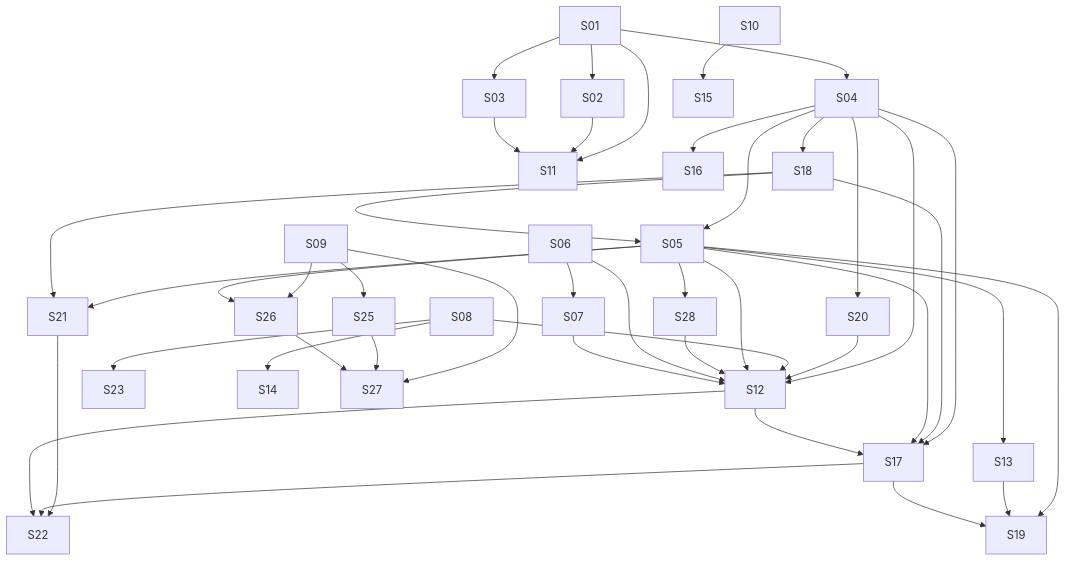
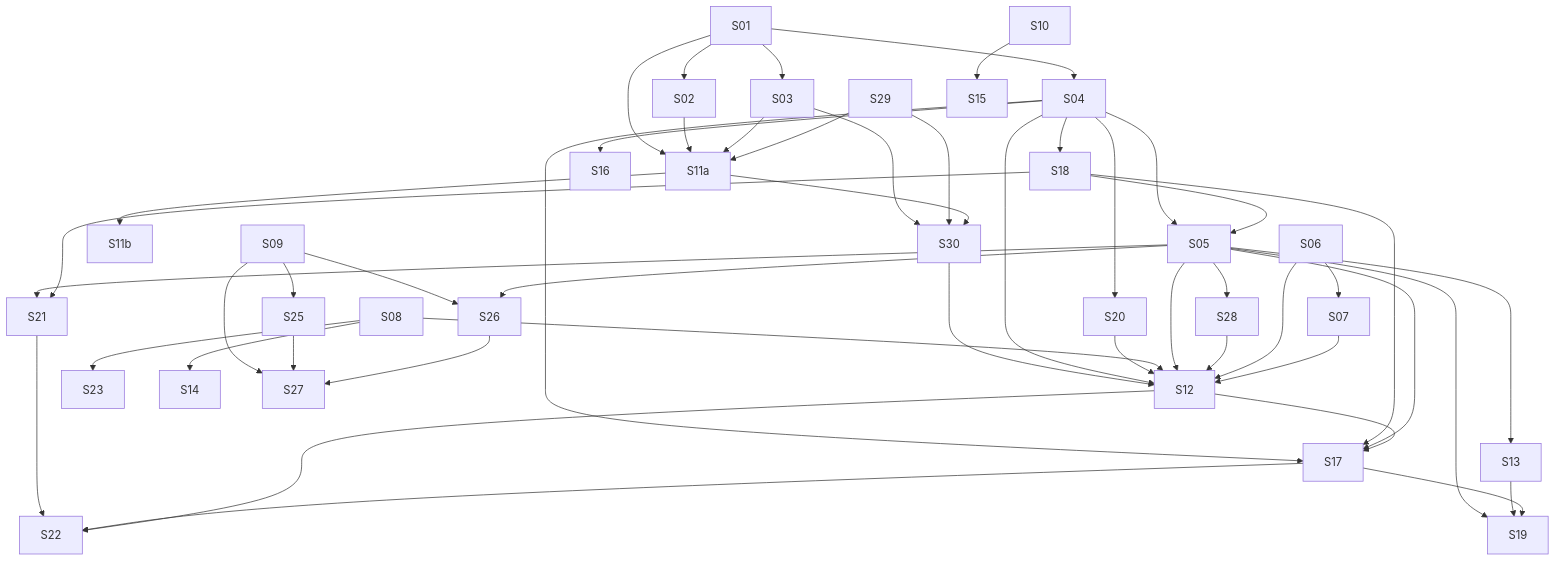
Before and after one commit to lmmoreira/ikaro: the diagram in plan/M23-MULTIVERTICAL-APPOINTMENT-BOOKING.md, drawn with Mermaid. The commit also changed other lines of this file and 59 other files, not shown here.

First line of the commit message:
docs(journey): split M23-S11 into S11a/S11b, redraw booking-flow prototypes, add customer reschedule (M23-S30)

````diff
--- a/plan/M23-MULTIVERTICAL-APPOINTMENT-BOOKING.md
+++ b/plan/M23-MULTIVERTICAL-APPOINTMENT-BOOKING.md
@@ -49,45 +51,51 @@
 ```mermaid
 graph TD
   S01 --> S02
   S01 --> S03
   S01 --> S04
-  S01 --> S11
-  S02 --> S11
-  S03 --> S11
+  S01 --> S11a
+  S02 --> S11a
+  S03 --> S11a
+  S29 --> S11a
+  S03 --> S30
+  S29 --> S30
+  S11a --> S30
+  S30 --> S12
+  S11a --> S11b
   S04 --> S05
   S04 --> S12
   S04 --> S16
   S04 --> S17
   S04 --> S18
   S18 --> S05
   S04 --> S20
   S20 --> S12
   S05 --> S21
   S18 --> S21
   S21 --> S22
   S17 --> S22
   S12 --> S22
   S08 --> S12
   S08 --> S23
   S18 --> S17
   S05 --> S12
   S05 --> S28
   S28 --> S12
   S05 --> S13
   S05 --> S17
   S12 --> S17
   S05 --> S19
   S13 --> S19
   S17 --> S19
   S06 --> S07
   S06 --> S12
   S07 --> S12
   S08 --> S14
   S10 --> S15
   S09 --> S25
   S09 --> S26
   S05 --> S26
   S09 --> S27
   S25 --> S27
   S26 --> S27
 ```
````
